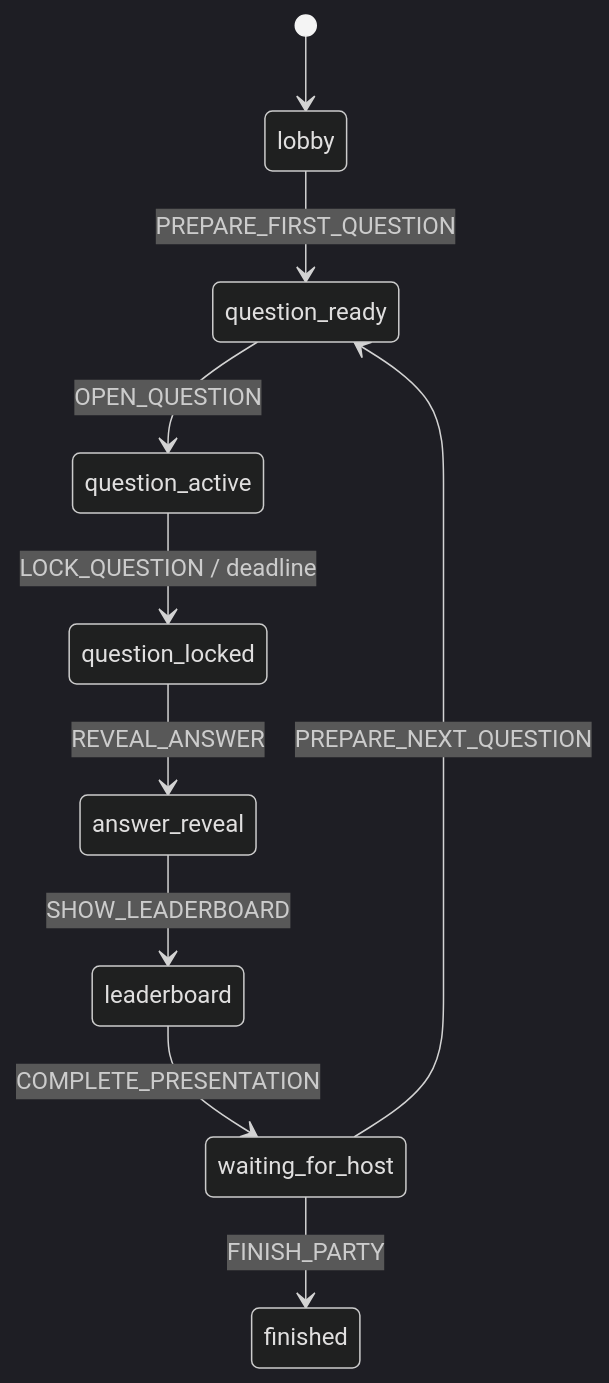
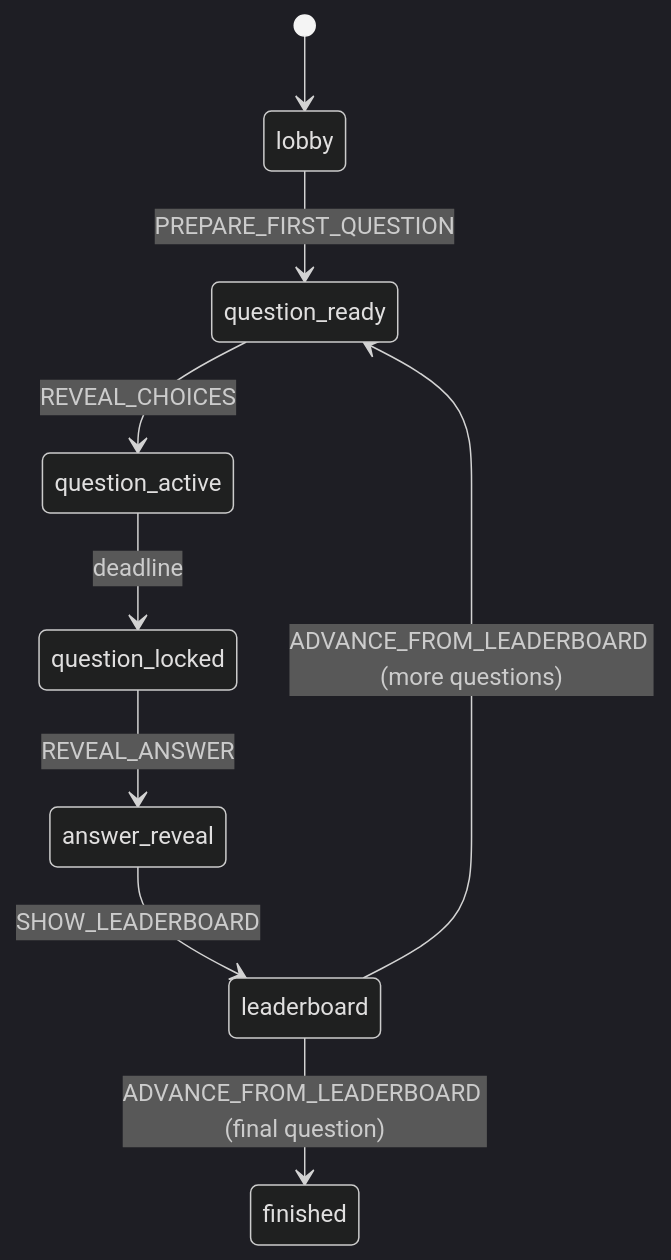
Before and after one commit to ianvu17/hanfirstbirthday: the second of 2 diagrams in docs/ARCHITECTURE.md, drawn with Mermaid (dark theme). The commit also changed other lines of this file and 326 other files, not shown here.

First line of the commit message:
Codex/party flow realtime mobile (#5)

````diff
--- a/docs/ARCHITECTURE.md
+++ b/docs/ARCHITECTURE.md
@@ -265,12 +271,11 @@
 ```mermaid
 stateDiagram-v2
   [*] --> lobby
   lobby --> question_ready: PREPARE_FIRST_QUESTION
-  question_ready --> question_active: OPEN_QUESTION
-  question_active --> question_locked: LOCK_QUESTION / deadline
+  question_ready --> question_active: REVEAL_CHOICES
+  question_active --> question_locked: deadline
   question_locked --> answer_reveal: REVEAL_ANSWER
   answer_reveal --> leaderboard: SHOW_LEADERBOARD
-  leaderboard --> waiting_for_host: COMPLETE_PRESENTATION
-  waiting_for_host --> question_ready: PREPARE_NEXT_QUESTION
-  waiting_for_host --> finished: FINISH_PARTY
+  leaderboard --> question_ready: ADVANCE_FROM_LEADERBOARD (more questions)
+  leaderboard --> finished: ADVANCE_FROM_LEADERBOARD (final question)
 ```
````
